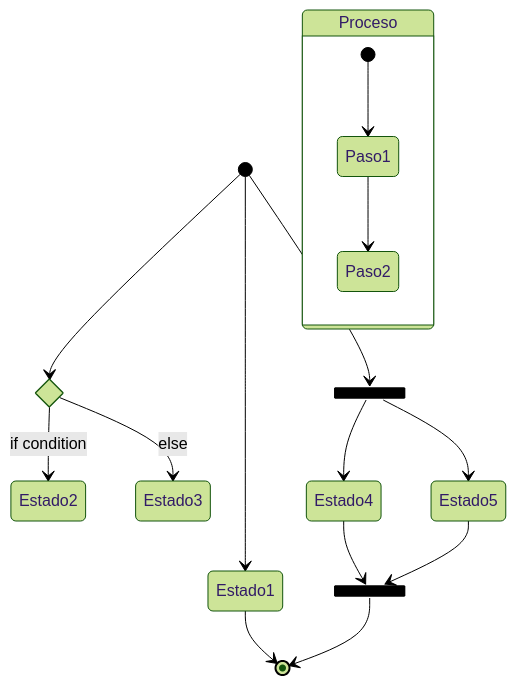
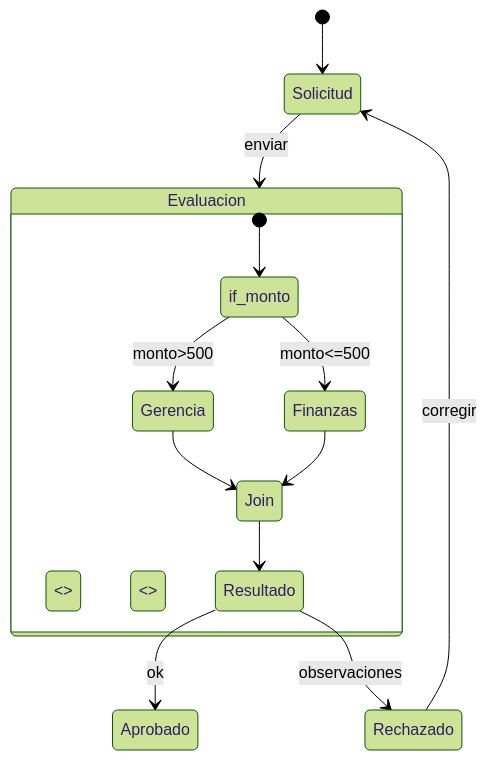
Before and after one commit to sc4rfacex/straight: the fifth of 6 diagrams in knowledge/state.md, drawn with Mermaid (forest theme). The commit also changed other lines of this file and 2 other files, not shown here.

Commit message:
Expandir guías de diagramas críticos

````diff
--- a/knowledge/state.md
+++ b/knowledge/state.md
@@ -45,21 +94,16 @@
 ```mermaid
 stateDiagram-v2
-    [*] --> Estado1
-    Estado1 --> [*]
-    state if_state <<choice>>
-    [*] --> if_state
-    if_state --> Estado2 : if condition
-    if_state --> Estado3 : else
-    state fork_state <<fork>>
-    [*] --> fork_state
-    fork_state --> Estado4
-    fork_state --> Estado5
-    state join_state <<join>>
-    Estado4 --> join_state
-    Estado5 --> join_state
-    join_state --> [*]
-    state Proceso {
-        [*] --> Paso1
-        Paso1 --> Paso2
+    [*] --> Solicitud
+    Solicitud --> Evaluacion : enviar
+    state Evaluacion {
+        [*] --> if_monto <<choice>>
+        if_monto --> Gerencia : monto>500
+        if_monto --> Finanzas : monto<=500
+        Gerencia --> Join <<join>>
+        Finanzas --> Join
+        Join --> Resultado
     }
+    Resultado --> Aprobado : ok
+    Resultado --> Rechazado : observaciones
+    Rechazado --> Solicitud : corregir
 ```
````
